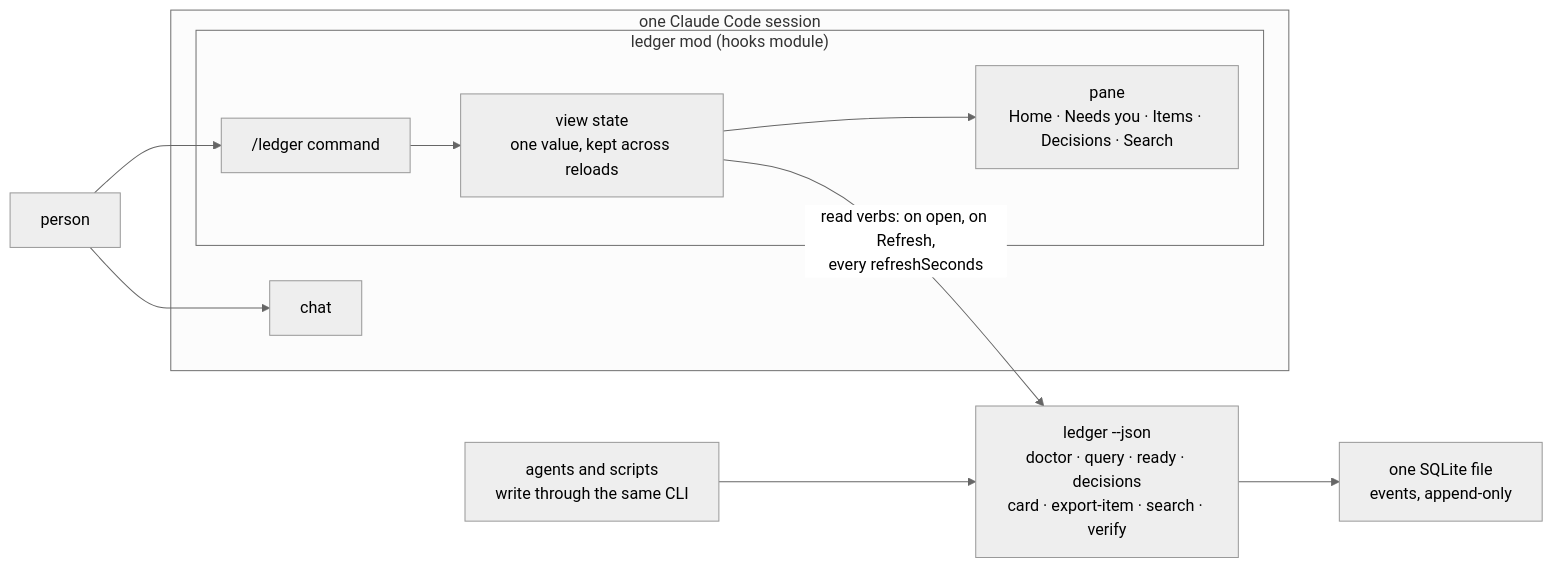
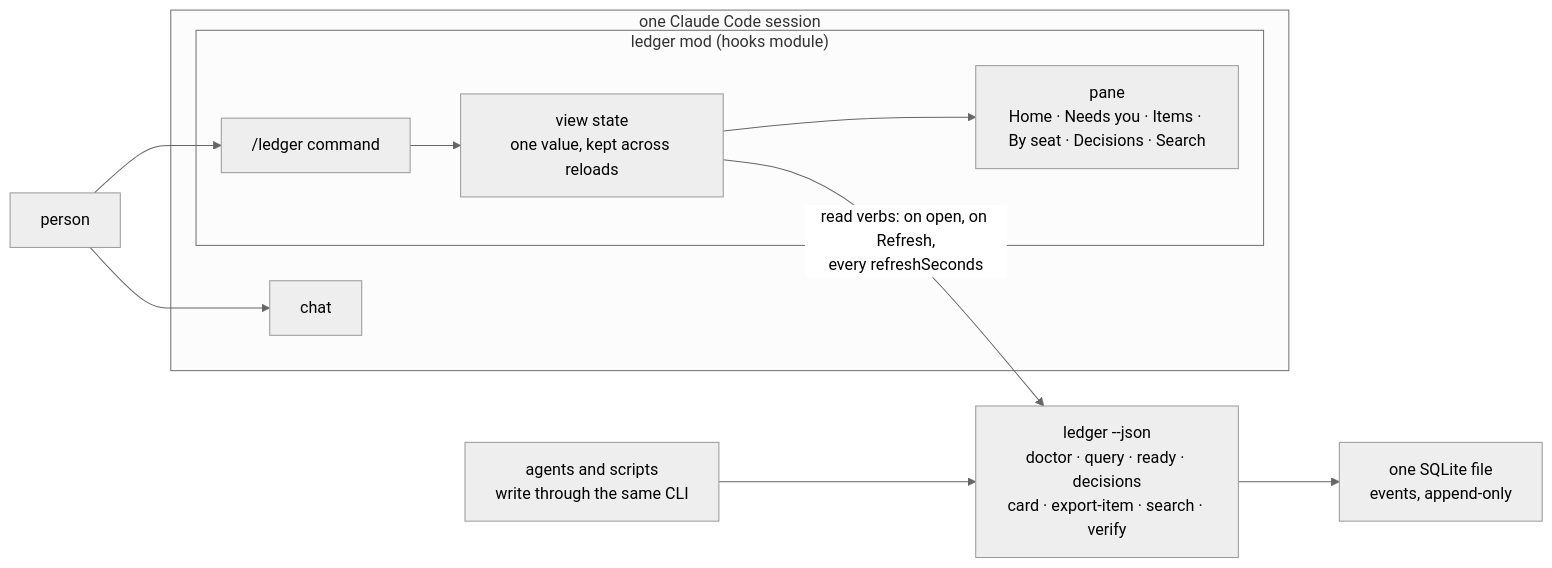
One commit to smithadifd/mods changed the diagram in README.md. Above: the diagram before and after it, drawn with Mermaid (neutral theme). The commit also changed other lines of this file and 9 other files, not shown here.

First line of the commit message:
feat(ledger): a By seat tab that groups claimed items by claim label, and fixtures captured from ledger 0.1.19 (#8)

````diff
--- a/README.md
+++ b/README.md
@@ -27,19 +27,19 @@
 ```mermaid
 flowchart LR
     P["person"]
     subgraph session["one Claude Code session"]
         C["chat"]
         subgraph mod["ledger mod (hooks module)"]
             CMD["/ledger command"]
             V["view state<br>one value, kept across reloads"]
-            UI["pane<br>Home · Needs you · Items · Decisions · Search"]
+            UI["pane<br>Home · Needs you · Items · By seat · Decisions · Search"]
         end
     end
     CLI["ledger --json<br>doctor · query · ready · decisions<br>card · export-item · search · verify"]
     DB["one SQLite file<br>events, append-only"]
     A["agents and scripts<br>write through the same CLI"]
     P --> C
     P --> CMD --> V --> UI
     V -- "read verbs: on open, on Refresh,<br>every refreshSeconds" --> CLI --> DB
     A --> CLI
 ```
````
